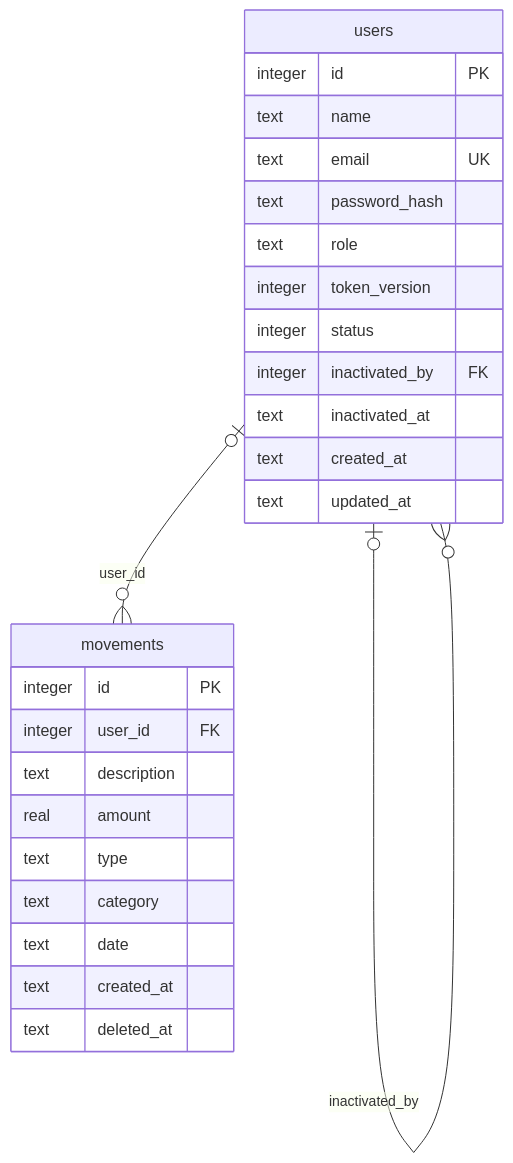
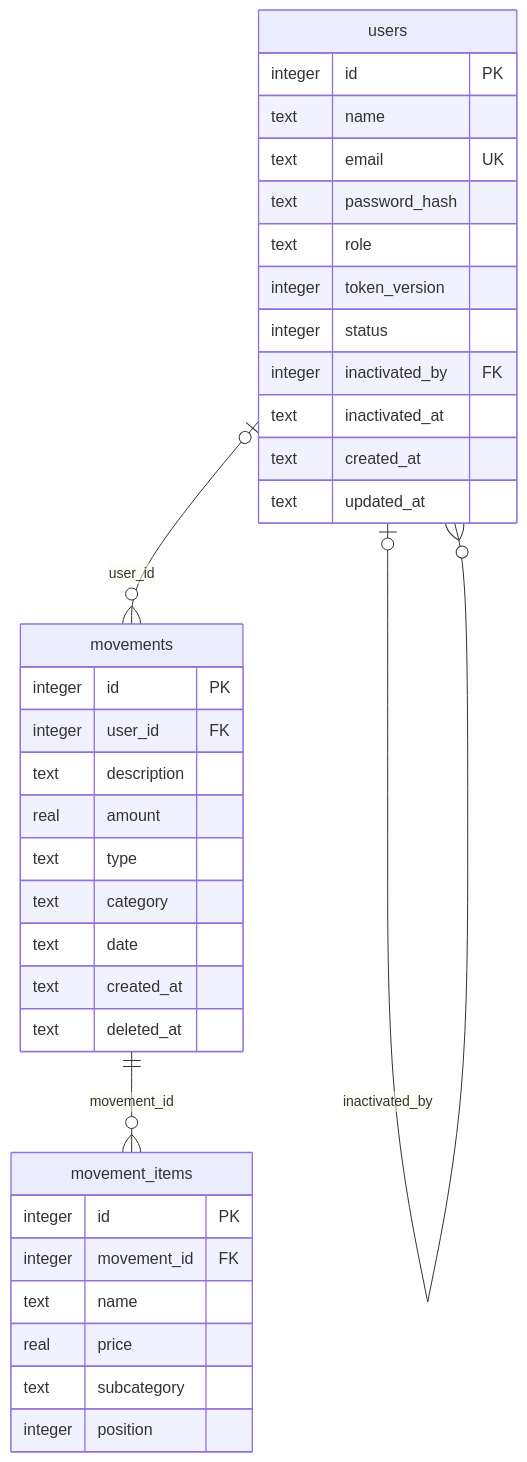
The third of 3 diagrams in README.md (NoahXD-dev/finanzas-personales-backend), drawn with Mermaid before and after one commit. The commit also changed other lines of this file and 18 other files, not shown here.

````diff
--- a/README.md
+++ b/README.md
@@ -119,31 +119,41 @@
 ```mermaid
 erDiagram
     users |o--o{ movements : "user_id" 
     users |o--o{ users : "inactivated_by" 
+    movements ||--o{ movement_items : "movement_id"
 
     users {
         integer id PK
         text name
         text email UK
         text password_hash
         text role
         integer token_version
         integer status
         integer inactivated_by FK
         text inactivated_at
         text created_at
         text updated_at
     }
 
     movements {
         integer id PK
         integer user_id FK
         text description
         real amount
         text type
         text category
         text date
         text created_at
         text deleted_at
     }
+
+    movement_items {
+        integer id PK
+        integer movement_id FK
+        text name
+        real price
+        text subcategory
+        integer position
+    }
 ```
````
